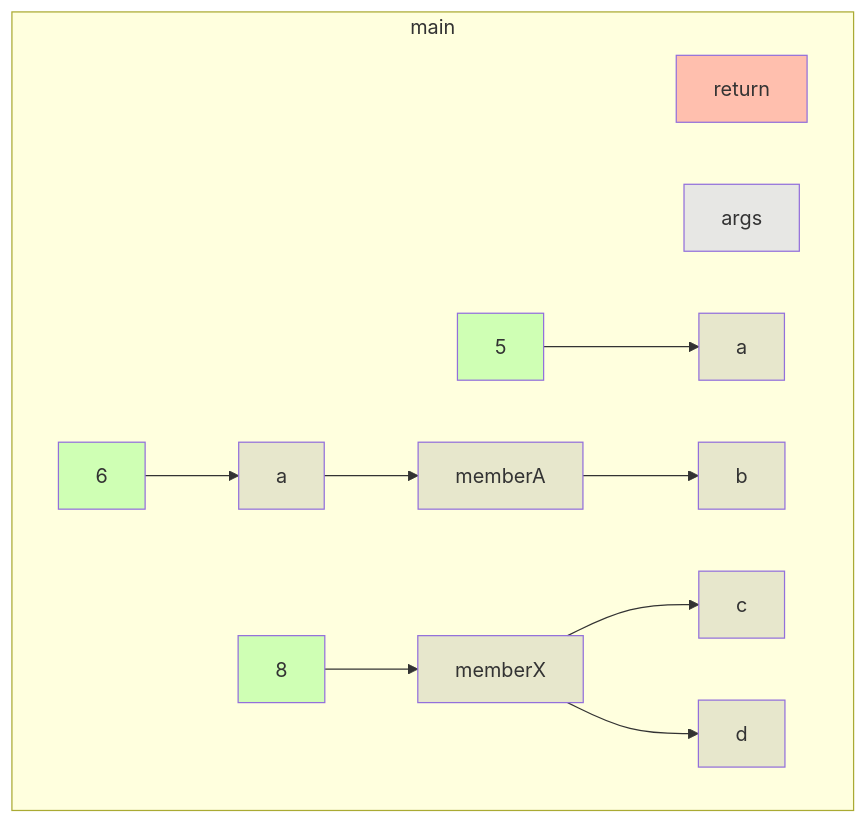
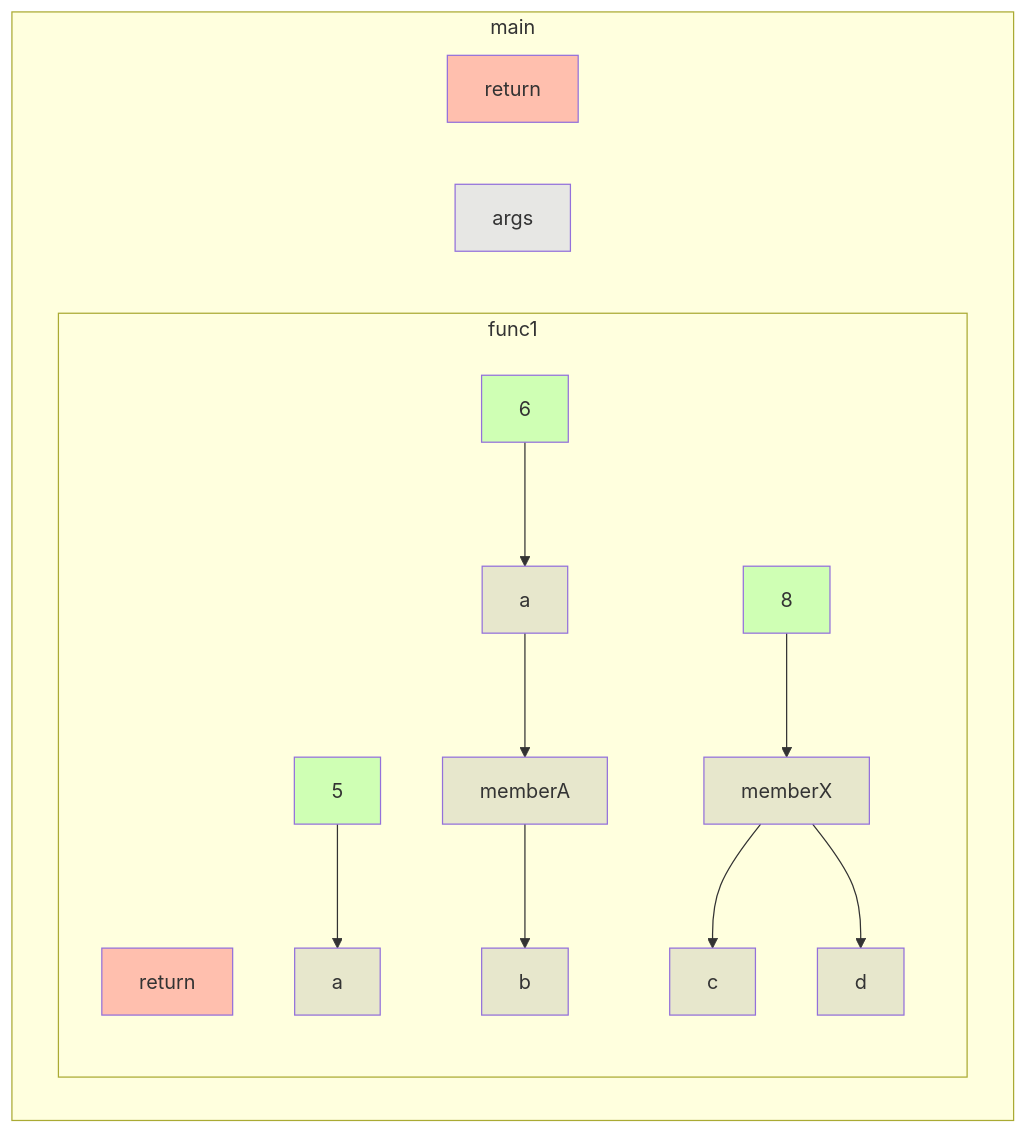
The diagram in app/src/test/resources/member/truth.md (gstiebler/codeflow), drawn with Mermaid before and after one commit. The commit also changed 10 other files, not shown here.

````diff
--- a/app/src/test/resources/member/truth.md
+++ b/app/src/test/resources/member/truth.md
@@ -1,28 +1,31 @@
 ```mermaid
 flowchart TD
   subgraph main
     453632783[return]:::RETURN
     453632807[args]:::FUNC_PARAM
-    453632840[5]:::LITERAL
-    453632851[a]:::VARIABLE
-    453632855[6]:::LITERAL
-    453632866[memberA]:::VARIABLE
-    453632887[b]:::VARIABLE
-    453632979[memberX]:::VARIABLE
-    453632993[8]:::LITERAL
-    453633027[c]:::VARIABLE
-    453633083[d]:::VARIABLE
-    453632840[5]:::LITERAL --> 453632832[a]:::VARIABLE
-    453632851[a]:::VARIABLE --> 453632866[memberA]:::VARIABLE
-    453632855[6]:::LITERAL --> 453632851[a]:::VARIABLE
-    453632866[memberA]:::VARIABLE --> 453632887[b]:::VARIABLE
-    453632979[memberX]:::VARIABLE --> 453633027[c]:::VARIABLE
-    453632979[memberX]:::VARIABLE --> 453633083[d]:::VARIABLE
-    453632993[8]:::LITERAL --> 453632979[memberX]:::VARIABLE
+    subgraph func1
+      453632885[return]:::RETURN
+      453632924[5]:::LITERAL
+      453632935[a]:::VARIABLE
+      453632939[6]:::LITERAL
+      453632950[memberA]:::VARIABLE
+      453632971[b]:::VARIABLE
+      453633063[memberX]:::VARIABLE
+      453633077[8]:::LITERAL
+      453633111[c]:::VARIABLE
+      453633167[d]:::VARIABLE
+      453632924[5]:::LITERAL --> 453632916[a]:::VARIABLE
+      453632935[a]:::VARIABLE --> 453632950[memberA]:::VARIABLE
+      453632939[6]:::LITERAL --> 453632935[a]:::VARIABLE
+      453632950[memberA]:::VARIABLE --> 453632971[b]:::VARIABLE
+      453633063[memberX]:::VARIABLE --> 453633111[c]:::VARIABLE
+      453633063[memberX]:::VARIABLE --> 453633167[d]:::VARIABLE
+      453633077[8]:::LITERAL --> 453633063[memberX]:::VARIABLE
+    end
   end
   classDef LITERAL fill:#00FF0030
   classDef VARIABLE fill:#80808030
   classDef BIN_OP fill:#80808080
   classDef FUNC_PARAM fill:#8080FF30
   classDef RETURN fill:#FF808080
 ```
````
